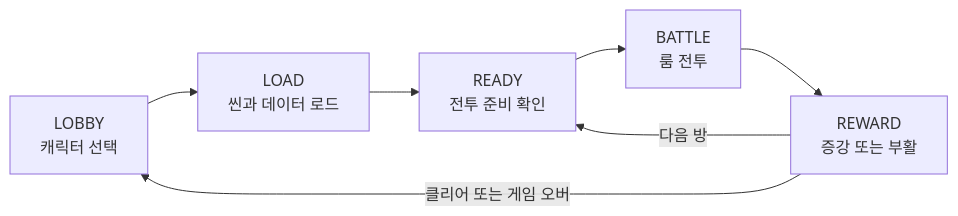
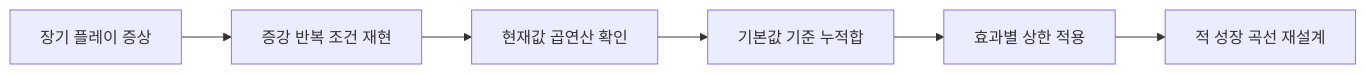
One commit to oppa073-hub/Animal-Ball-Fighter-Portfolio changed the first of 11 diagrams in README.md. Above: the diagram before and after it, drawn with Mermaid. The commit also changed other lines of this file and 782 other files, not shown here.

````diff
--- a/README.md
+++ b/README.md
@@ -55,9 +148,8 @@
 ```mermaid
 flowchart LR
-    A[LOBBY<br/>캐릭터 선택] --> B[LOAD<br/>씬과 데이터 로드]
-    B --> C[READY<br/>전투 준비 확인]
-    C --> D[BATTLE<br/>룸 전투]
-    D --> E[REWARD<br/>증강 또는 부활]
-    E -->|다음 방| C
-    E -->|클리어 또는 게임 오버| A
+    A[장기 플레이 증상] --> B[증강 반복 조건 재현]
+    B --> C[현재값 곱연산 확인]
+    C --> D[기본값 기준 누적합]
+    D --> E[효과별 상한 적용]
+    E --> F[적 성장 곡선 재설계]
 ```
````
